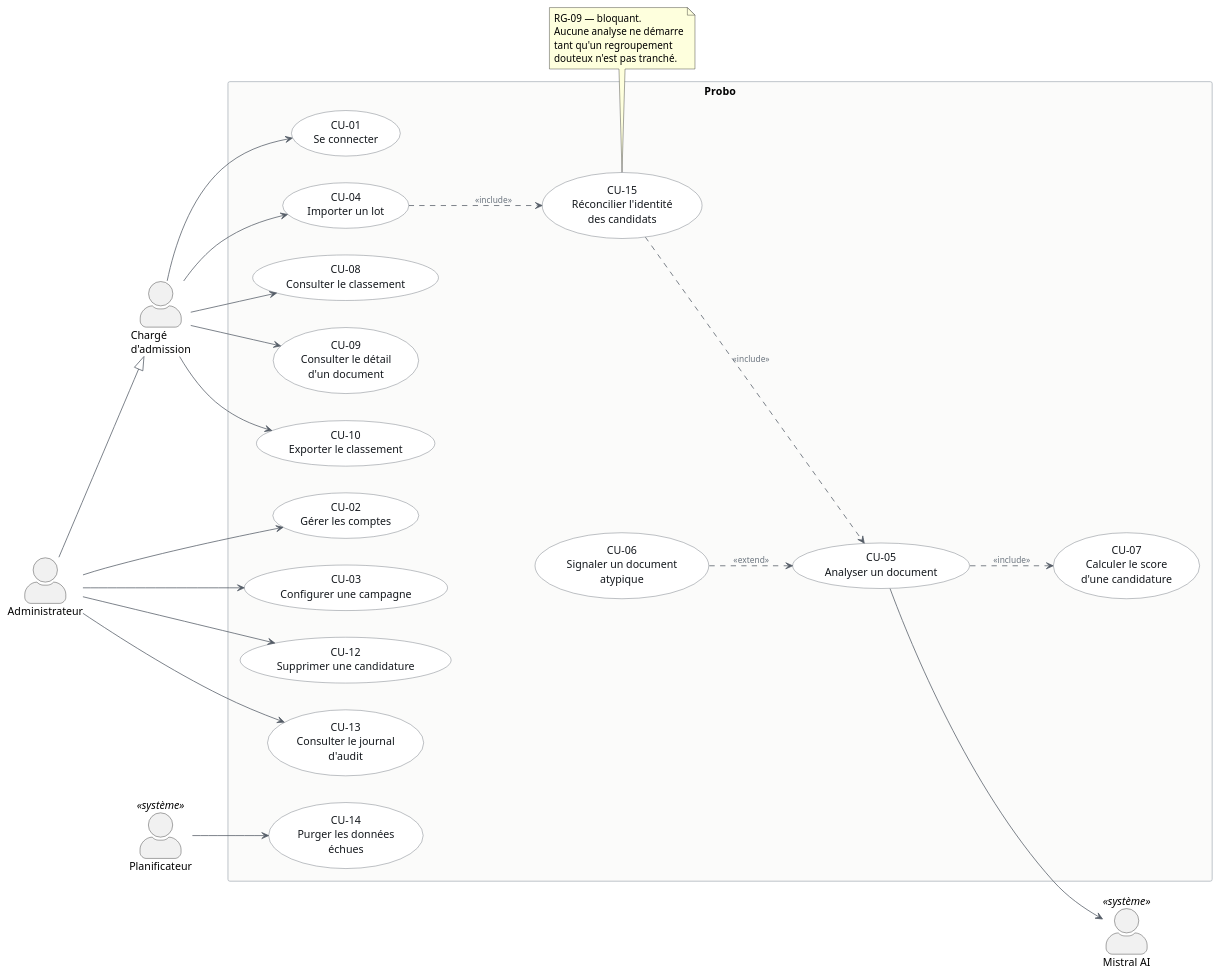
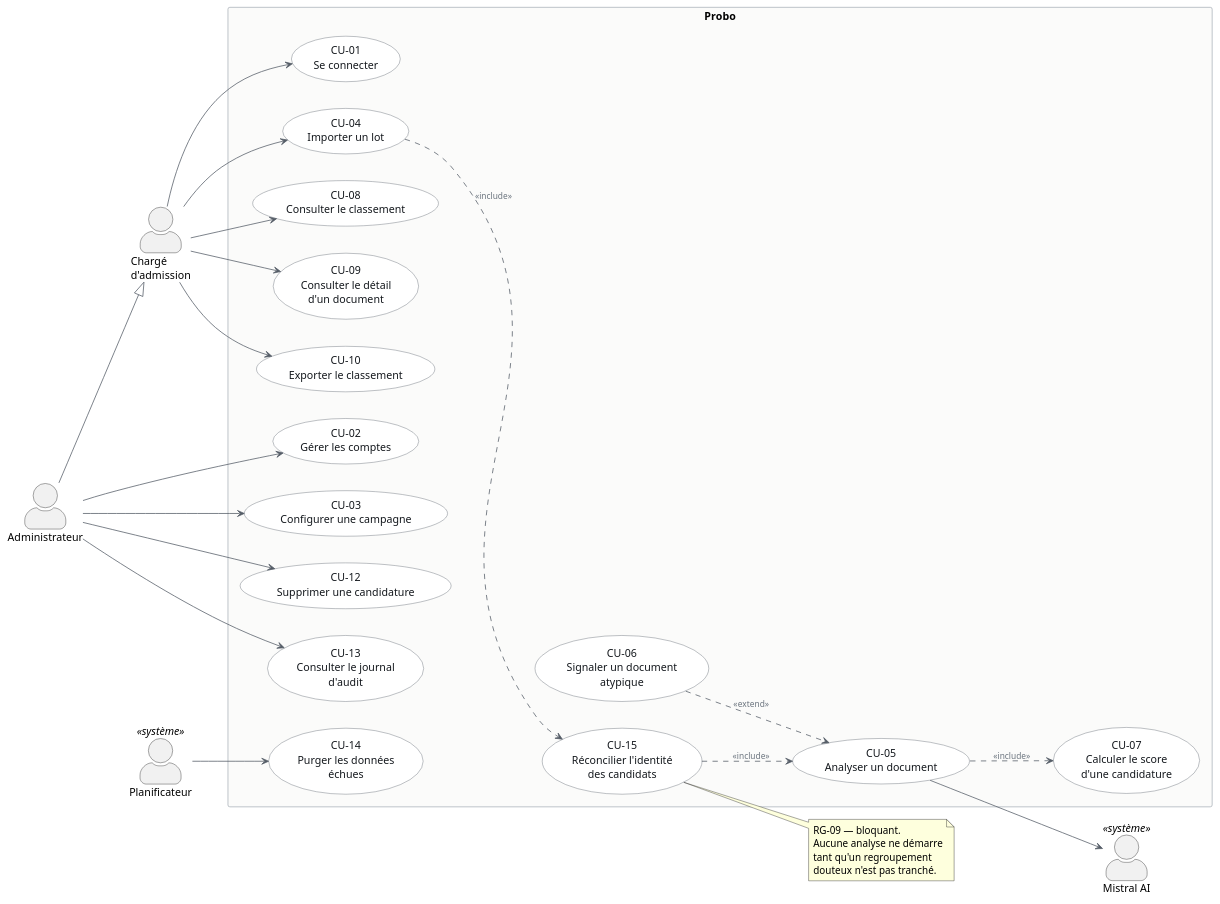
Before and after one commit to XamTV/Probo: the diagram in docs/conception/diagramme-cas-utilisation.puml, drawn with PlantUML. The commit also changed 9 other files, not shown here.

```diff
--- a/docs/conception/diagramme-cas-utilisation.puml
+++ b/docs/conception/diagramme-cas-utilisation.puml
@@ -1,82 +1,85 @@
 @startuml diagramme-cas-utilisation
 ' Probo — diagramme de cas d'utilisation
 ' Source : docs/analyse/cas-utilisation.md. Les deux se mettent à jour ensemble.
 ' CU-11 (import Drive) n'y figure pas : reporté hors périmètre v1 le 31/08/2026.
 
 left to right direction
 skinparam shadowing false
 skinparam defaultFontName Helvetica
 skinparam actorStyle awesome
 skinparam usecase {
   BackgroundColor #FFFFFF
   BorderColor #545C66
   FontColor #14181D
 }
 skinparam rectangle {
   BackgroundColor #FBFBFA
   BorderColor #A9B1BA
 }
 skinparam arrow {
   Color #545C66
   FontColor #6C757F
   FontSize 11
 }
 
 actor "Chargé\nd'admission" as CA
 actor "Administrateur" as AD
-actor "Mistral AI" as IA <<système>>
 actor "Planificateur" as PL <<système>>
+
+' Acteur secondaire déclaré après le système : PlantUML le place à droite,
+' du côté où il est sollicité, au lieu d'une diagonale en travers du schéma.
 
 ' L'administrateur hérite de tous les cas du chargé d'admission
 AD --|> CA
 
 rectangle "Probo" {
 
   usecase "CU-01\nSe connecter" as CU01
   usecase "CU-04\nImporter un lot" as CU04
   usecase "CU-15\nRéconcilier l'identité\ndes candidats" as CU15
   usecase "CU-05\nAnalyser un document" as CU05
   usecase "CU-06\nSignaler un document\natypique" as CU06
   usecase "CU-07\nCalculer le score\nd'une candidature" as CU07
   usecase "CU-08\nConsulter le classement" as CU08
   usecase "CU-09\nConsulter le détail\nd'un document" as CU09
   usecase "CU-10\nExporter le classement" as CU10
 
   usecase "CU-02\nGérer les comptes" as CU02
   usecase "CU-03\nConfigurer une campagne" as CU03
   usecase "CU-12\nSupprimer une candidature" as CU12
   usecase "CU-13\nConsulter le journal\nd'audit" as CU13
   usecase "CU-14\nPurger les données\néchues" as CU14
 }
 
 CA --> CU01
 CA --> CU04
 CA --> CU08
 CA --> CU09
 CA --> CU10
 
 AD --> CU02
 AD --> CU03
 AD --> CU12
 AD --> CU13
 
 PL --> CU14
 
 ' L'import ne peut pas lancer l'analyse sans avoir levé les doutes d'identité (RG-09)
 CU04 ..> CU15 : <<include>>
 CU15 ..> CU05 : <<include>>
 CU05 ..> CU07 : <<include>>
 
 ' Le signalement n'a lieu que si le niveau 1 écarte le document (RG-01 à RG-03)
 CU06 ..> CU05 : <<extend>>
 
+actor "Mistral AI" as IA <<système>>
 CU05 --> IA
 
-note bottom of CU15
+note right of CU15
   RG-09 — bloquant.
   Aucune analyse ne démarre
   tant qu'un regroupement
   douteux n'est pas tranché.
 end note
 
 @enduml
```
